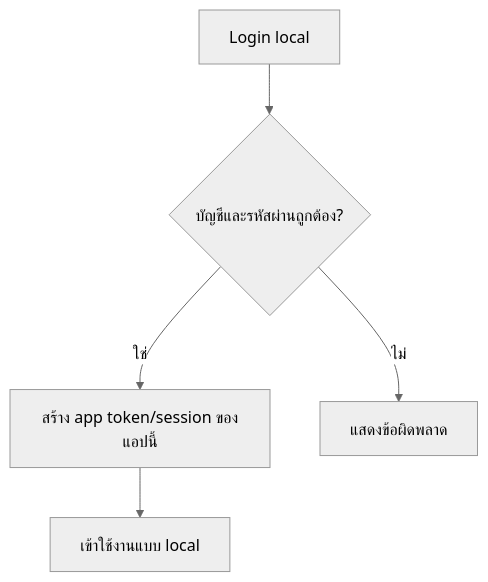
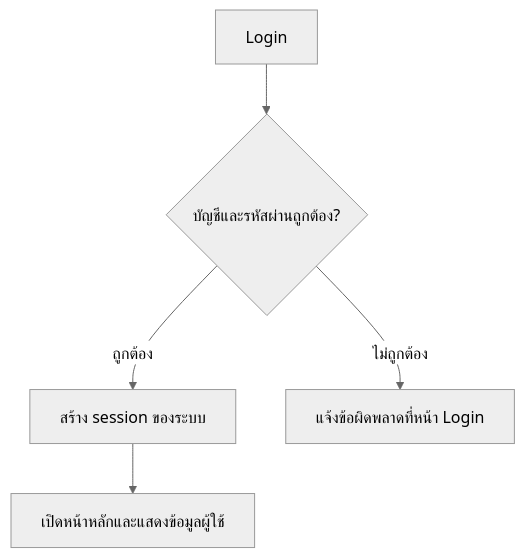
One commit to Sin1apachai/poc_sso changed the second of 22 diagrams in docs/flows/LOGIN-AND-SESSION.md. Above: the diagram before and after it, drawn with Mermaid (neutral theme). The commit also changed other lines of this file and 69 other files, not shown here.

````diff
--- a/docs/flows/LOGIN-AND-SESSION.md
+++ b/docs/flows/LOGIN-AND-SESSION.md
@@ -32,7 +39,7 @@
 ```mermaid
 flowchart TD
-S[Login local] --> V{บัญชีและรหัสผ่านถูกต้อง?}
-    V -->|ใช่| T[สร้าง app token/session ของแอปนี้]
-    T --> H[เข้าใช้งานแบบ local]
-    V -->|ไม่| E[แสดงข้อผิดพลาด]
+    S[Login] --> V{บัญชีและรหัสผ่านถูกต้อง?}
+    V -->|ถูกต้อง| T[สร้าง session ของระบบ]
+    T --> H[เปิดหน้าหลักและแสดงข้อมูลผู้ใช้]
+    V -->|ไม่ถูกต้อง| E[แจ้งข้อผิดพลาดที่หน้า Login]
 ```
````
